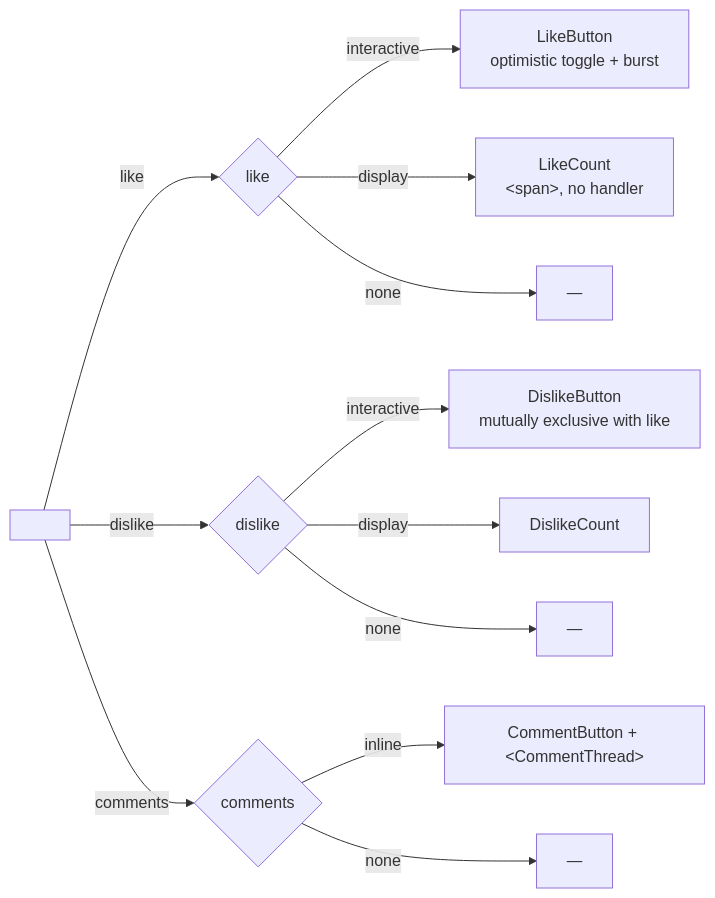
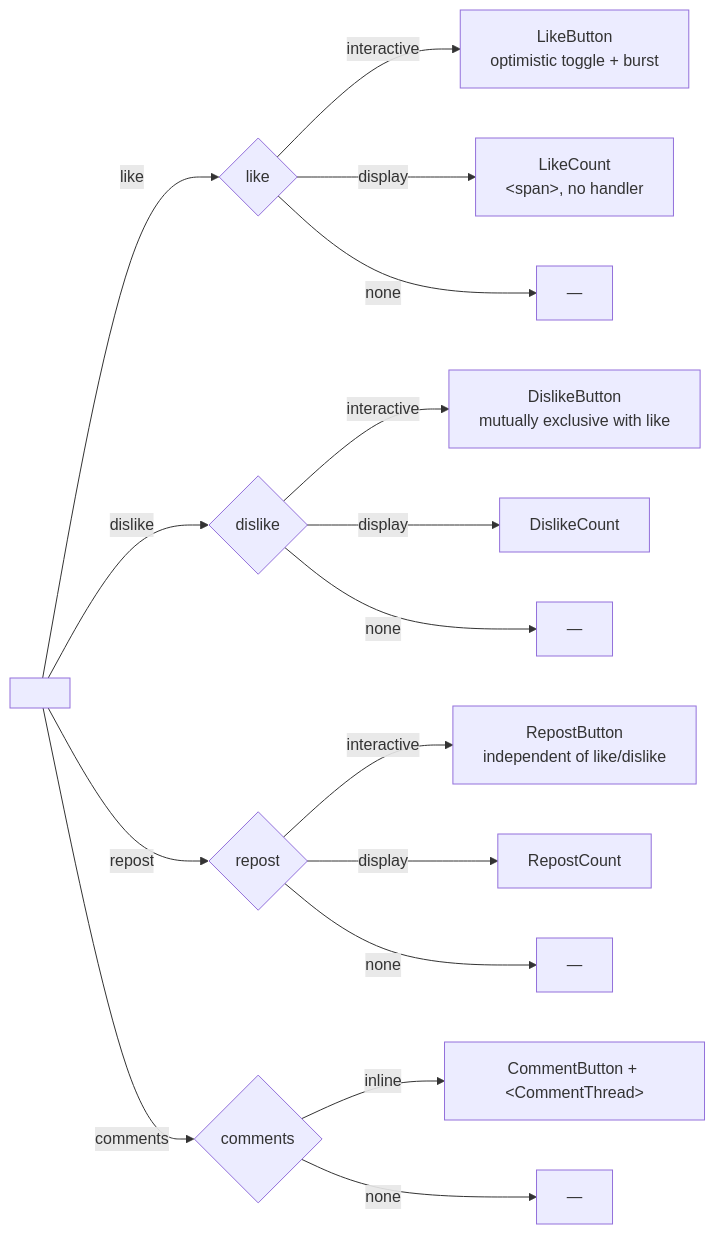
One commit to jacoby149/web10 changed the diagram in knowledge/knowledge-base/web10-v3/social/post-actions.md. Above: the diagram before and after it, drawn with Mermaid. The commit also changed other lines of this file and 29 other files, not shown here.

````diff
--- a/knowledge/knowledge-base/web10-v3/social/post-actions.md
+++ b/knowledge/knowledge-base/web10-v3/social/post-actions.md
@@ -36,14 +36,18 @@
 ```mermaid
 flowchart LR
     S["<PostActions …/>"] -->|like| LK{"like"}
     LK -->|interactive| LI["LikeButton<br/>optimistic toggle + burst"]
     LK -->|display| LD["LikeCount<br/>&lt;span&gt;, no handler"]
     LK -->|none| LN["—"]
     S -->|dislike| DK{"dislike"}
     DK -->|interactive| DI["DislikeButton<br/>mutually exclusive with like"]
     DK -->|display| DD["DislikeCount"]
     DK -->|none| DN["—"]
+    S -->|repost| RP{"repost"}
+    RP -->|interactive| RI["RepostButton<br/>independent of like/dislike"]
+    RP -->|display| RD["RepostCount"]
+    RP -->|none| RN["—"]
     S -->|comments| CM{"comments"}
     CM -->|inline| CI["CommentButton + &lt;CommentThread&gt;"]
     CM -->|none| CN["—"]
 ```
````
